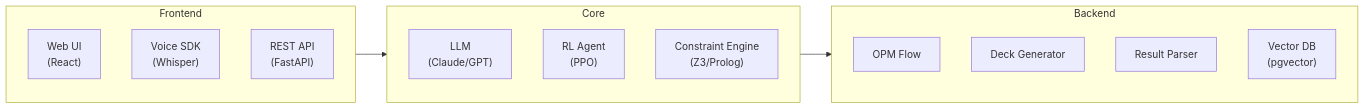
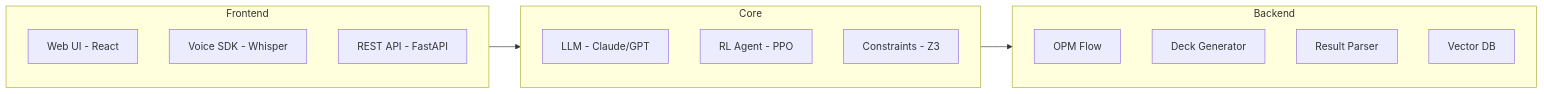
Before and after one commit to wolfram-laube/clarissa: the sixth of 6 diagrams in conference/spe-europe-2026/sources/wolfram/abstract-merged.md, drawn with Mermaid. The commit also changed other lines of this file, not shown here.

Commit message:
fix: simplify mermaid diagrams - remove emojis and br tags for proper rendering

````diff
--- a/conference/spe-europe-2026/sources/wolfram/abstract-merged.md
+++ b/conference/spe-europe-2026/sources/wolfram/abstract-merged.md
@@ -226,23 +264,24 @@
 ```mermaid
 flowchart LR
     subgraph FRONTEND["Frontend"]
-        A["Web UI<br/>(React)"]
-        B["Voice SDK<br/>(Whisper)"]
-        C["REST API<br/>(FastAPI)"]
+        A["Web UI - React"]
+        B["Voice SDK - Whisper"]
+        C["REST API - FastAPI"]
     end
     
     subgraph CORE["Core"]
-        D["LLM<br/>(Claude/GPT)"]
-        E["RL Agent<br/>(PPO)"]
-        F["Constraint Engine<br/>(Z3/Prolog)"]
+        D["LLM - Claude/GPT"]
+        E["RL Agent - PPO"]
+        F["Constraints - Z3"]
     end
     
     subgraph BACKEND["Backend"]
         G["OPM Flow"]
         H["Deck Generator"]
         I["Result Parser"]
-        J["Vector DB<br/>(pgvector)"]
+        J["Vector DB"]
     end
 
-    FRONTEND --> CORE --> BACKEND
+    FRONTEND --> CORE
+    CORE --> BACKEND
 ```
````
